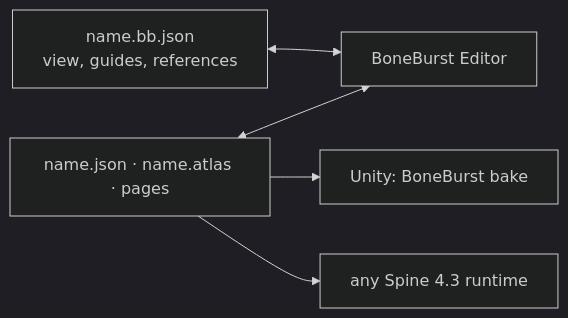
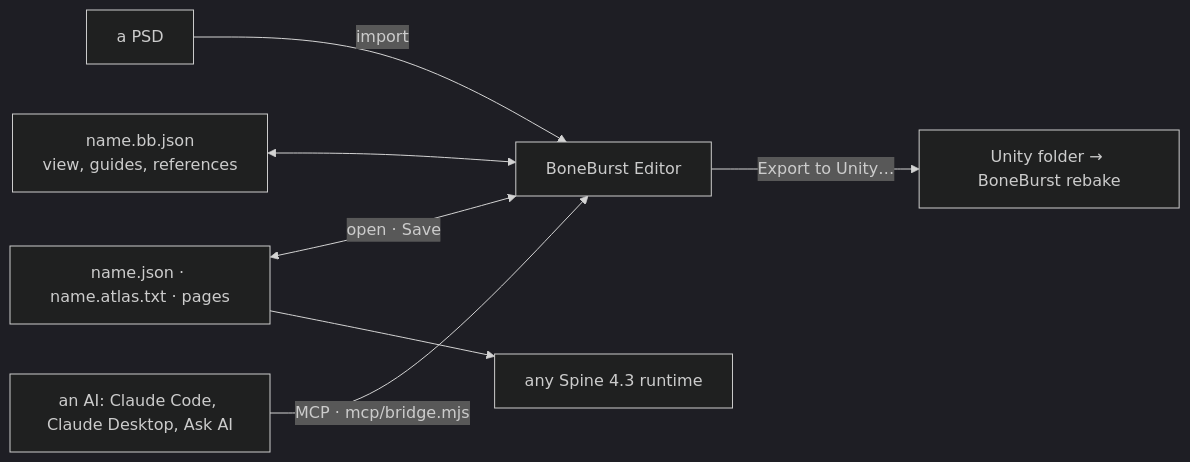
One commit to 12pnp/M0-Animation-2D changed the diagram in Editor-BoneBurst-Src/README.md. Above: the diagram before and after it, drawn with Mermaid (dark theme). The commit also changed other lines of this file and 12 other files, not shown here.

First line of the commit message:
BoneBurst Editor v2: E6 step 5, docs moved to v2; v2 held to the C# runtime (Editor-BoneBurst-Src)

````diff
--- a/Editor-BoneBurst-Src/README.md
+++ b/Editor-BoneBurst-Src/README.md
@@ -7,7 +7,9 @@
 ```mermaid
 flowchart LR
-    JSON["name.json · name.atlas · pages"] <--> ED["BoneBurst Editor"]
+    PSD["a PSD"] -->|"import"| ED["BoneBurst Editor"]
+    JSON["name.json · name.atlas.txt · pages"] <-->|"open · Save"| ED
     SIDE["name.bb.json<br/>view, guides, references"] <--> ED
-    JSON --> UNITY["Unity: BoneBurst bake"]
+    AI["an AI: Claude Code, Claude Desktop, Ask AI"] -->|"MCP · mcp/bridge.mjs"| ED
+    ED -->|"Export to Unity…"| UNITY["Unity folder → BoneBurst rebake"]
     JSON --> ANY["any Spine 4.3 runtime"]
 ```
````
